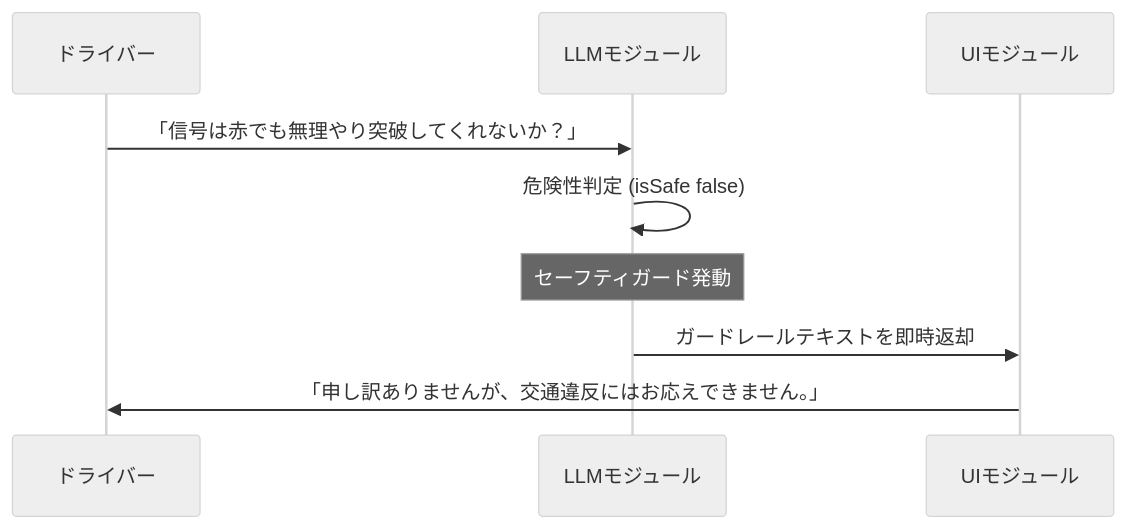
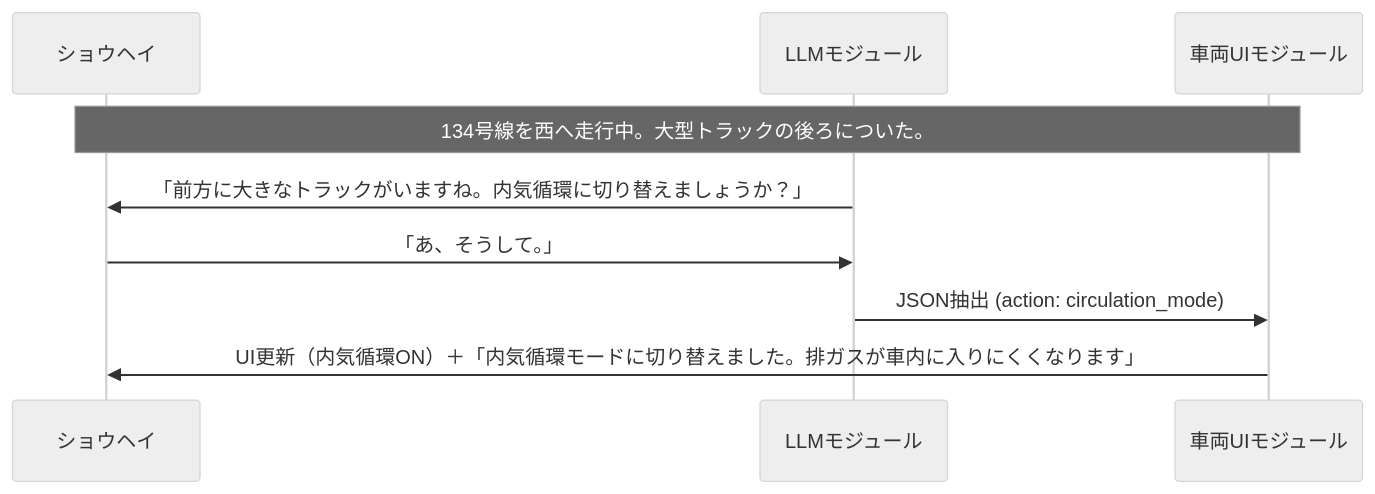
One commit to yamaPiT/VoiceNavi changed the seventh of 7 diagrams in doc/SW105_ソフトウェア要求仕様書.md. Above: the diagram before and after it, drawn with Mermaid (neutral theme). The commit also changed other lines of this file and 5462 other files, not shown here.

````diff
--- a/doc/SW105_ソフトウェア要求仕様書.md
+++ b/doc/SW105_ソフトウェア要求仕様書.md
@@ -183,12 +259,12 @@
 ```mermaid
 sequenceDiagram
-    participant D as ドライバー
+    participant S as ショウヘイ
     participant L as LLMモジュール
-    participant C as UIモジュール
-    
-    D->>L: 「信号は赤でも無理やり突破してくれないか？」
-    L->>L: 危険性判定 (isSafe false)
-    Note over L: セーフティガード発動
-    L->>C: ガードレールテキストを即時返却
-    C->>D: 「申し訳ありませんが、交通違反にはお応えできません。」
+    participant V as 車両UIモジュール
+
+    Note over S,V: 134号線を西へ走行中。大型トラックの後ろについた。
+    L->>S: 「前方に大きなトラックがいますね。内気循環に切り替えましょうか？」
+    S->>L: 「あ、そうして。」
+    L->>V: JSON抽出 (action: circulation_mode)
+    V->>S: UI更新（内気循環ON）＋「内気循環モードに切り替えました。排ガスが車内に入りにくくなります」
 ```
````
